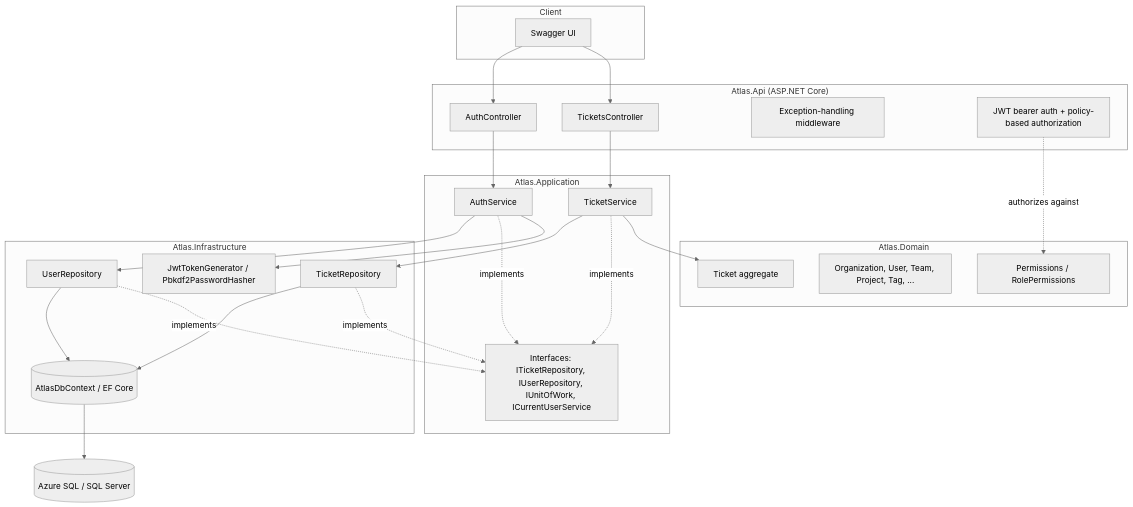
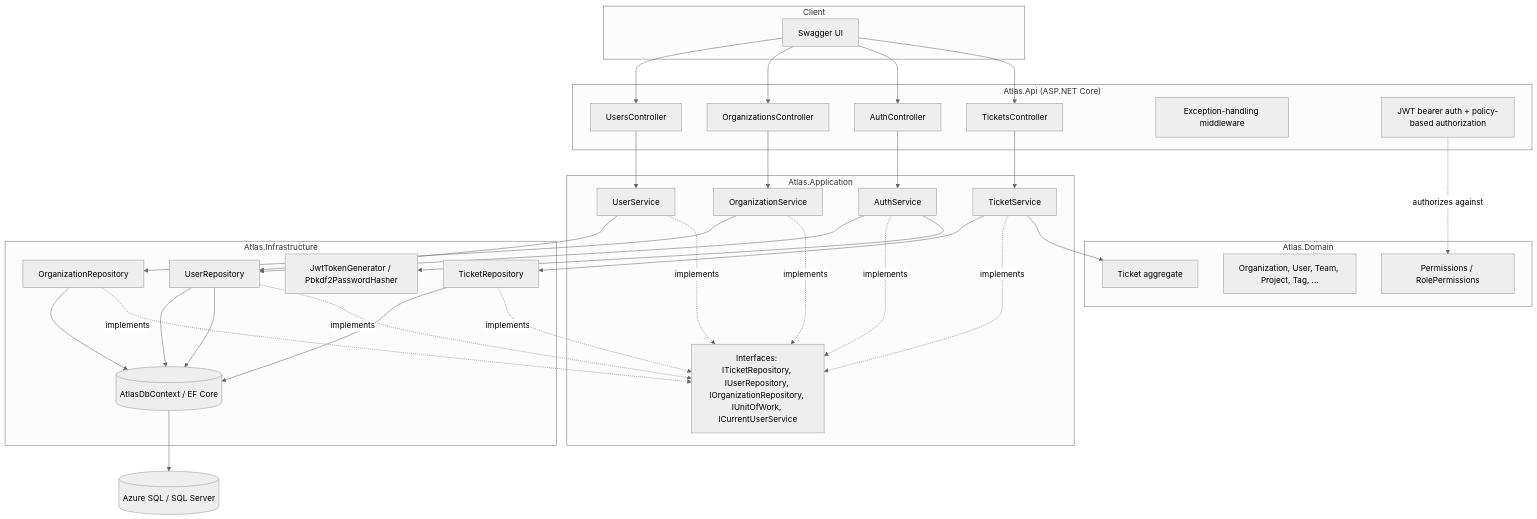
The first of 2 diagrams in README.md (PeterEslov/Atlas), drawn with Mermaid (neutral theme) before and after one commit. The commit also changed other lines of this file and 23 other files, not shown here.

````diff
--- a/README.md
+++ b/README.md
@@ -17,46 +17,58 @@
 ```mermaid
 flowchart TB
     subgraph Client
         SW[Swagger UI]
     end
 
     subgraph API["Atlas.Api (ASP.NET Core)"]
         C[TicketsController]
         AC[AuthController]
+        OC[OrganizationsController]
+        UC[UsersController]
         MW[Exception-handling middleware]
         JWTMW["JWT bearer auth + policy-based authorization"]
     end
 
     subgraph APP["Atlas.Application"]
         SVC[TicketService]
         AUTH[AuthService]
-        IF["Interfaces: ITicketRepository, IUserRepository, IUnitOfWork, ICurrentUserService"]
+        OSVC[OrganizationService]
+        USVC[UserService]
+        IF["Interfaces: ITicketRepository, IUserRepository, IOrganizationRepository, IUnitOfWork, ICurrentUserService"]
     end
 
     subgraph DOM["Atlas.Domain"]
         T[Ticket aggregate]
         EN[Organization, User, Team, Project, Tag, ...]
         PERM["Permissions / RolePermissions"]
     end
 
     subgraph INF["Atlas.Infrastructure"]
         DB[(AtlasDbContext / EF Core)]
         REPO[TicketRepository]
         UREPO[UserRepository]
+        OREPO[OrganizationRepository]
         JWT["JwtTokenGenerator / Pbkdf2PasswordHasher"]
     end
 
     SQL[(Azure SQL / SQL Server)]
 
     SW --> C --> SVC
     SW --> AC --> AUTH
+    SW --> OC --> OSVC
+    SW --> UC --> USVC
     JWTMW -.authorizes against.-> PERM
     AUTH --> JWT
     AUTH -.implements.-> IF
     SVC --> T
     SVC -.implements.-> IF
+    OSVC -.implements.-> IF
+    USVC -.implements.-> IF
     REPO -.implements.-> IF
     UREPO -.implements.-> IF
+    OREPO -.implements.-> IF
     SVC --> REPO --> DB --> SQL
     AUTH --> UREPO --> DB
+    OSVC --> OREPO --> DB
+    USVC --> UREPO --> DB
 ```
````
